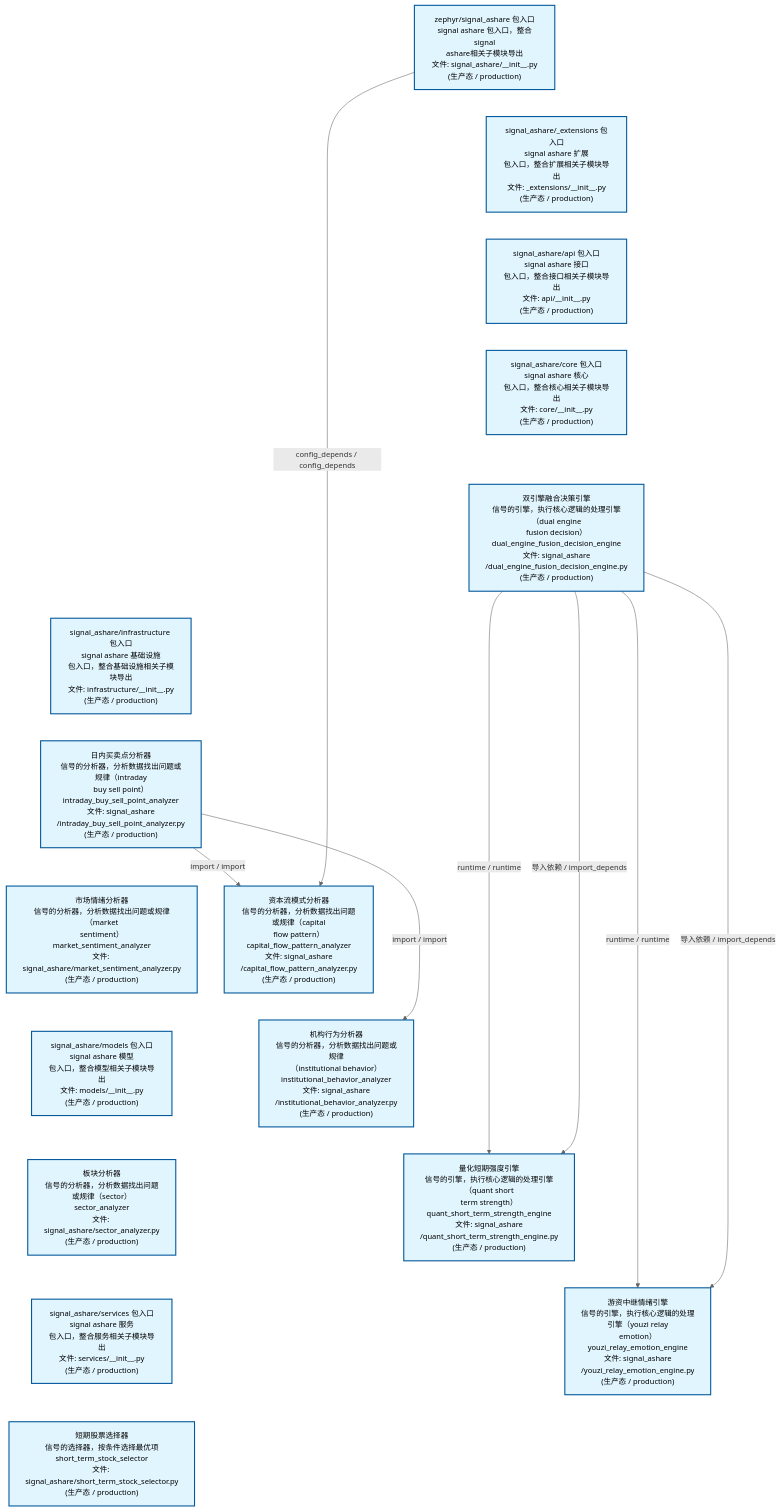
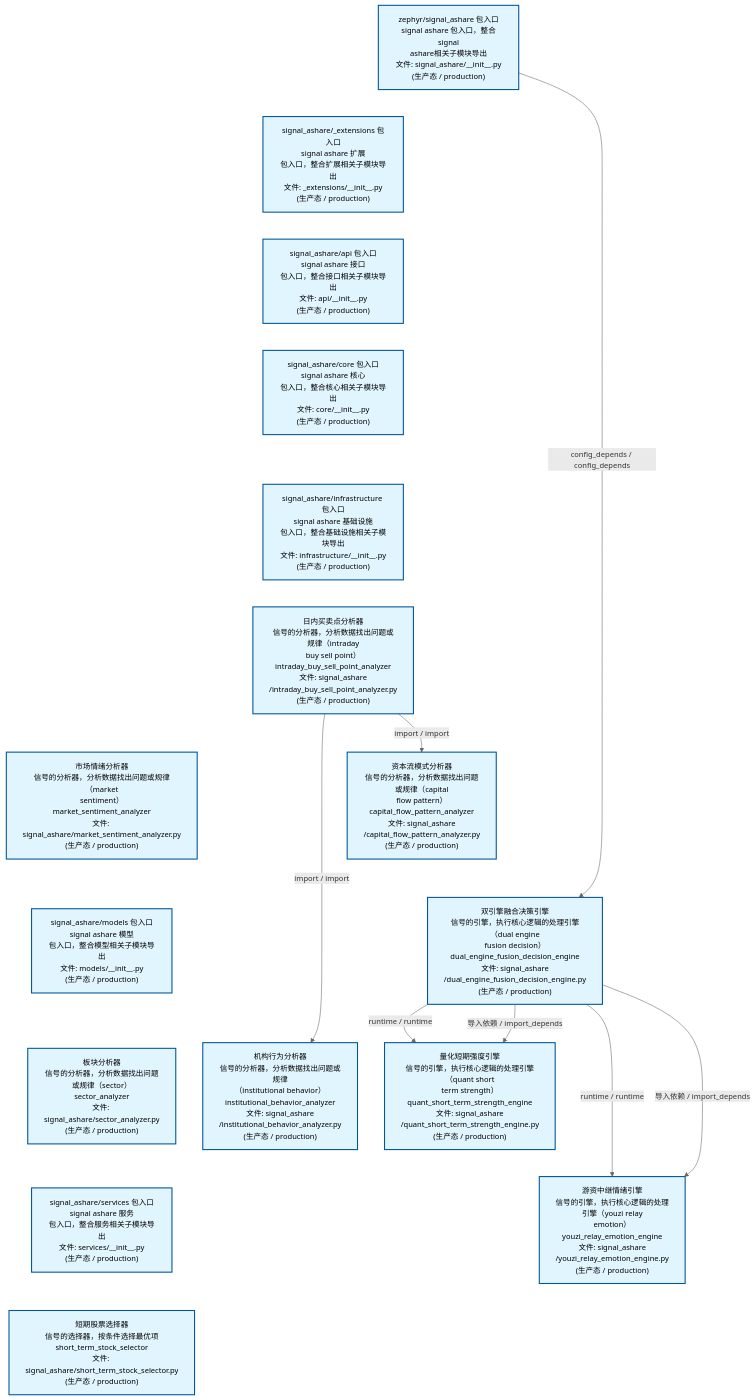
The second of 4 diagrams in docs/02_enterprise_architecture/02_domain_architecture_docs/32_d_ashare_signal.md (xuanFelixVan/ZephyrAlpha), drawn with Mermaid before and after one commit. The commit also changed other lines of this file and 52 other files, not shown here.

````diff
--- a/docs/02_enterprise_architecture/02_domain_architecture_docs/32_d_ashare_signal.md
+++ b/docs/02_enterprise_architecture/02_domain_architecture_docs/32_d_ashare_signal.md
@@ -163,46 +163,45 @@
 ```mermaid
 %%{init: {'theme': 'base', 'themeVariables': {'primaryColor': '#eaeaea', 'primaryTextColor': '#333333', 'primaryBorderColor': '#666666', 'lineColor': '#666666', 'secondaryColor': '#eaeaea', 'tertiaryColor': '#eaeaea', 'fontSize': '14px'}}}%%
 flowchart TD
     src_zephyr_signal_ashare_init_py["zephyr/signal_ashare 包入口<br/>signal ashare 包入口，整合signal<br/>ashare相关子模块导出<br/>文件: signal_ashare/__init__.py<br/>(生产态 / production)"]
     src_zephyr_signal_ashare_extensions_init_py["signal_ashare/_extensions 包入口<br/>signal ashare 扩展<br/>包入口，整合扩展相关子模块导出<br/>文件: _extensions/__init__.py<br/>(生产态 / production)"]
     src_zephyr_signal_ashare_api_init_py["signal_ashare/api 包入口<br/>signal ashare 接口<br/>包入口，整合接口相关子模块导出<br/>文件: api/__init__.py<br/>(生产态 / production)"]
     src_zephyr_signal_ashare_core_init_py["signal_ashare/core 包入口<br/>signal ashare 核心<br/>包入口，整合核心相关子模块导出<br/>文件: core/__init__.py<br/>(生产态 / production)"]
-    src_zephyr_signal_ashare_dual_engine_fusion_decision_engine_py["双引擎融合决策引擎<br/>信号的引擎，执行核心逻辑的处理引擎（dual engine<br/>fusion decision）<br/>dual_engine_fusion_decision_engine<br/>文件: signal_ashare<br/>/dual_engine_fusion_decision_engine.py<br/>(生产态 / production)"]
     src_zephyr_signal_ashare_infrastructure_init_py["signal_ashare/infrastructure 包入口<br/>signal ashare 基础设施<br/>包入口，整合基础设施相关子模块导出<br/>文件: infrastructure/__init__.py<br/>(生产态 / production)"]
     src_zephyr_signal_ashare_intraday_buy_sell_point_analyzer_py["日内买卖点分析器<br/>信号的分析器，分析数据找出问题或规律（intraday<br/>buy sell point）<br/>intraday_buy_sell_point_analyzer<br/>文件: signal_ashare<br/>/intraday_buy_sell_point_analyzer.py<br/>(生产态 / production)"]
     src_zephyr_signal_ashare_market_sentiment_analyzer_py["市场情绪分析器<br/>信号的分析器，分析数据找出问题或规律（market<br/>sentiment）<br/>market_sentiment_analyzer<br/>文件: signal_ashare/market_sentiment_analyzer.py<br/>(生产态 / production)"]
     src_zephyr_signal_ashare_models_init_py["signal_ashare/models 包入口<br/>signal ashare 模型<br/>包入口，整合模型相关子模块导出<br/>文件: models/__init__.py<br/>(生产态 / production)"]
     src_zephyr_signal_ashare_sector_analyzer_py["板块分析器<br/>信号的分析器，分析数据找出问题或规律（sector）<br/>sector_analyzer<br/>文件: signal_ashare/sector_analyzer.py<br/>(生产态 / production)"]
     src_zephyr_signal_ashare_services_init_py["signal_ashare/services 包入口<br/>signal ashare 服务<br/>包入口，整合服务相关子模块导出<br/>文件: services/__init__.py<br/>(生产态 / production)"]
     src_zephyr_signal_ashare_short_term_stock_selector_py["短期股票选择器<br/>信号的选择器，按条件选择最优项<br/>short_term_stock_selector<br/>文件: signal_ashare/short_term_stock_selector.py<br/>(生产态 / production)"]
     src_zephyr_signal_ashare_init_py ~~~ src_zephyr_signal_ashare_extensions_init_py
     src_zephyr_signal_ashare_extensions_init_py ~~~ src_zephyr_signal_ashare_api_init_py
     src_zephyr_signal_ashare_api_init_py ~~~ src_zephyr_signal_ashare_core_init_py
-    src_zephyr_signal_ashare_core_init_py ~~~ src_zephyr_signal_ashare_dual_engine_fusion_decision_engine_py
-    src_zephyr_signal_ashare_dual_engine_fusion_decision_engine_py ~~~ src_zephyr_signal_ashare_infrastructure_init_py
+    src_zephyr_signal_ashare_core_init_py ~~~ src_zephyr_signal_ashare_infrastructure_init_py
     src_zephyr_signal_ashare_infrastructure_init_py ~~~ src_zephyr_signal_ashare_intraday_buy_sell_point_analyzer_py
     src_zephyr_signal_ashare_intraday_buy_sell_point_analyzer_py ~~~ src_zephyr_signal_ashare_market_sentiment_analyzer_py
     src_zephyr_signal_ashare_market_sentiment_analyzer_py ~~~ src_zephyr_signal_ashare_models_init_py
     src_zephyr_signal_ashare_models_init_py ~~~ src_zephyr_signal_ashare_sector_analyzer_py
     src_zephyr_signal_ashare_sector_analyzer_py ~~~ src_zephyr_signal_ashare_services_init_py
     src_zephyr_signal_ashare_services_init_py ~~~ src_zephyr_signal_ashare_short_term_stock_selector_py
     src_zephyr_signal_ashare_capital_flow_pattern_analyzer_py["资本流模式分析器<br/>信号的分析器，分析数据找出问题或规律（capital<br/>flow pattern）<br/>capital_flow_pattern_analyzer<br/>文件: signal_ashare<br/>/capital_flow_pattern_analyzer.py<br/>(生产态 / production)"]
+    src_zephyr_signal_ashare_dual_engine_fusion_decision_engine_py["双引擎融合决策引擎<br/>信号的引擎，执行核心逻辑的处理引擎（dual engine<br/>fusion decision）<br/>dual_engine_fusion_decision_engine<br/>文件: signal_ashare<br/>/dual_engine_fusion_decision_engine.py<br/>(生产态 / production)"]
     src_zephyr_signal_ashare_institutional_behavior_analyzer_py["机构行为分析器<br/>信号的分析器，分析数据找出问题或规律<br/>（institutional behavior）<br/>institutional_behavior_analyzer<br/>文件: signal_ashare<br/>/institutional_behavior_analyzer.py<br/>(生产态 / production)"]
+    src_zephyr_signal_ashare_capital_flow_pattern_analyzer_py ~~~ src_zephyr_signal_ashare_dual_engine_fusion_decision_engine_py
+    src_zephyr_signal_ashare_dual_engine_fusion_decision_engine_py ~~~ src_zephyr_signal_ashare_institutional_behavior_analyzer_py
     src_zephyr_signal_ashare_quant_short_term_strength_engine_py["量化短期强度引擎<br/>信号的引擎，执行核心逻辑的处理引擎（quant short<br/>term strength）<br/>quant_short_term_strength_engine<br/>文件: signal_ashare<br/>/quant_short_term_strength_engine.py<br/>(生产态 / production)"]
     src_zephyr_signal_ashare_youzi_relay_emotion_engine_py["游资中继情绪引擎<br/>信号的引擎，执行核心逻辑的处理引擎（youzi relay<br/>emotion）<br/>youzi_relay_emotion_engine<br/>文件: signal_ashare<br/>/youzi_relay_emotion_engine.py<br/>(生产态 / production)"]
-    src_zephyr_signal_ashare_capital_flow_pattern_analyzer_py ~~~ src_zephyr_signal_ashare_institutional_behavior_analyzer_py
-    src_zephyr_signal_ashare_institutional_behavior_analyzer_py ~~~ src_zephyr_signal_ashare_quant_short_term_strength_engine_py
     src_zephyr_signal_ashare_quant_short_term_strength_engine_py ~~~ src_zephyr_signal_ashare_youzi_relay_emotion_engine_py
     src_zephyr_signal_ashare_dual_engine_fusion_decision_engine_py -->|runtime / runtime| src_zephyr_signal_ashare_quant_short_term_strength_engine_py
     src_zephyr_signal_ashare_dual_engine_fusion_decision_engine_py -->|导入依赖 / import_depends| src_zephyr_signal_ashare_quant_short_term_strength_engine_py
     src_zephyr_signal_ashare_dual_engine_fusion_decision_engine_py -->|runtime / runtime| src_zephyr_signal_ashare_youzi_relay_emotion_engine_py
     src_zephyr_signal_ashare_dual_engine_fusion_decision_engine_py -->|导入依赖 / import_depends| src_zephyr_signal_ashare_youzi_relay_emotion_engine_py
     src_zephyr_signal_ashare_intraday_buy_sell_point_analyzer_py -->|import / import| src_zephyr_signal_ashare_capital_flow_pattern_analyzer_py
     src_zephyr_signal_ashare_intraday_buy_sell_point_analyzer_py -->|import / import| src_zephyr_signal_ashare_institutional_behavior_analyzer_py
-    src_zephyr_signal_ashare_init_py -->|config_depends / config_depends| src_zephyr_signal_ashare_capital_flow_pattern_analyzer_py
+    src_zephyr_signal_ashare_init_py -->|config_depends / config_depends| src_zephyr_signal_ashare_dual_engine_fusion_decision_engine_py
     classDef production fill:#e1f5fe,stroke:#01579b,stroke-width:2px,color:#000
     classDef design fill:#fff3e0,stroke:#e65100,stroke-width:2px,color:#000,stroke-dasharray: 5 5
     classDef external_prod fill:#e8f4fd,stroke:#0277bd,stroke-width:1px,color:#000
     classDef external_design fill:#fff8e7,stroke:#ef6c00,stroke-width:1px,color:#000,stroke-dasharray: 5 5
     class src_zephyr_signal_ashare_init_py,src_zephyr_signal_ashare_extensions_init_py,src_zephyr_signal_ashare_api_init_py,src_zephyr_signal_ashare_capital_flow_pattern_analyzer_py,src_zephyr_signal_ashare_core_init_py,src_zephyr_signal_ashare_dual_engine_fusion_decision_engine_py,src_zephyr_signal_ashare_infrastructure_init_py,src_zephyr_signal_ashare_institutional_behavior_analyzer_py,src_zephyr_signal_ashare_intraday_buy_sell_point_analyzer_py,src_zephyr_signal_ashare_market_sentiment_analyzer_py,src_zephyr_signal_ashare_models_init_py,src_zephyr_signal_ashare_quant_short_term_strength_engine_py,src_zephyr_signal_ashare_sector_analyzer_py,src_zephyr_signal_ashare_services_init_py,src_zephyr_signal_ashare_short_term_stock_selector_py,src_zephyr_signal_ashare_youzi_relay_emotion_engine_py production
 ```
````
